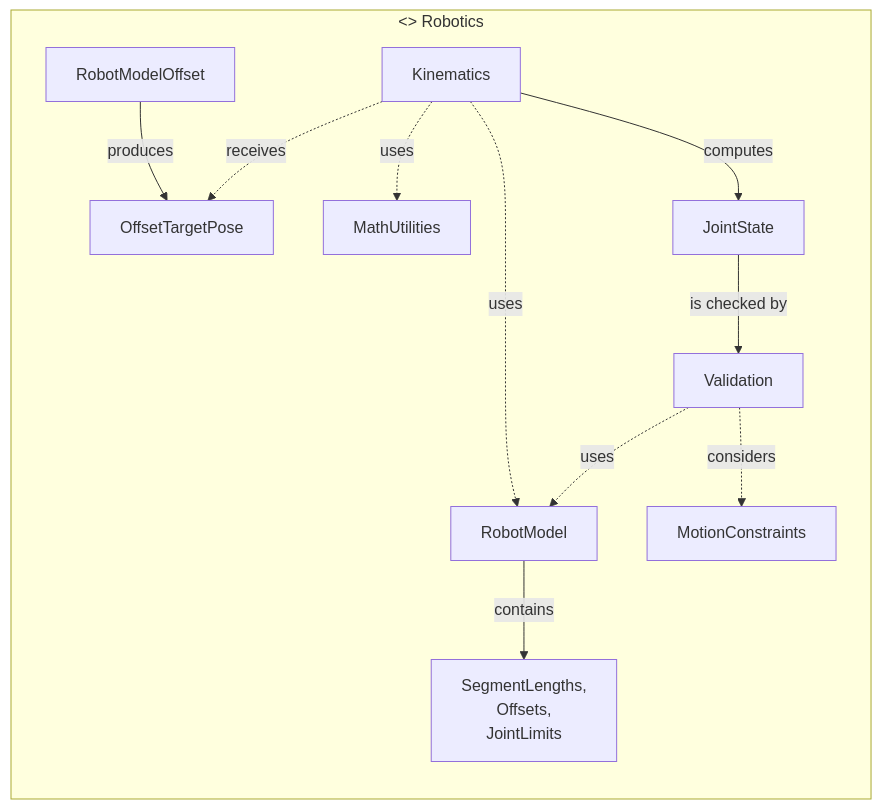
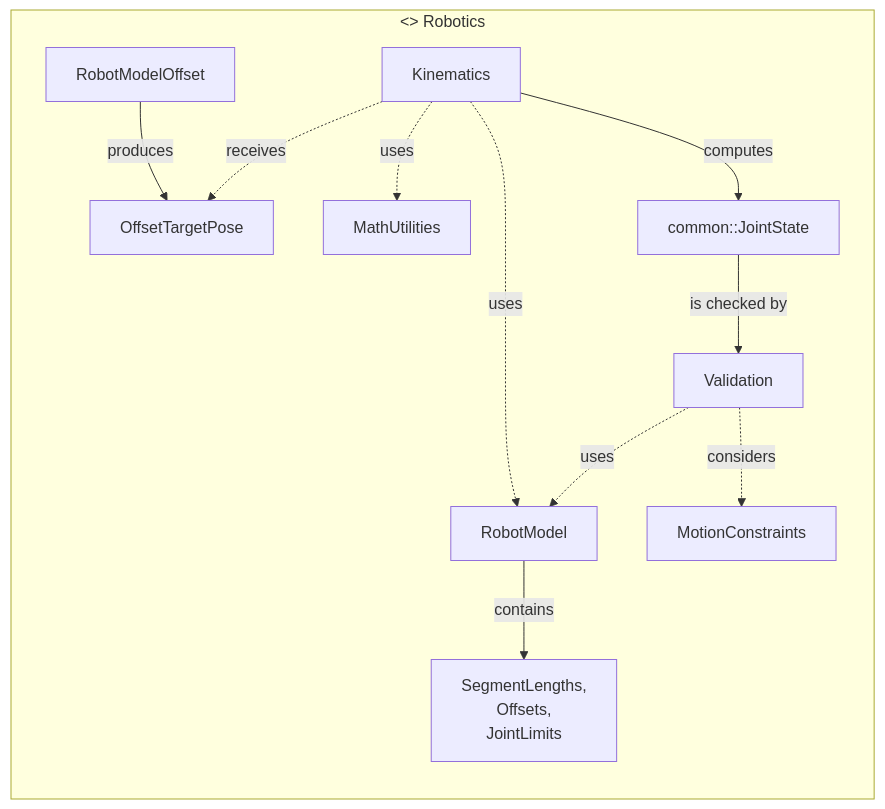
Before and after one commit to butz1999/inverse_kinematik: the fourth of 7 diagrams in doc/projektbeschreibung.md, drawn with Mermaid. The commit also changed other lines of this file and 6 other files, not shown here.

````diff
--- a/doc/projektbeschreibung.md
+++ b/doc/projektbeschreibung.md
@@ -500,24 +500,24 @@
 ```mermaid
 flowchart LR
     subgraph ROB["<<component>> Robotics"]
         C1[Kinematics]
         C2[Validation]
         C3[RobotModel]
         C4[RobotModelOffset]
         C5[MotionConstraints]
-        C6[JointState]
+        C6[common::JointState]
         C7[OffsetTargetPose]
         C8[MathUtilities]
         C9[SegmentLengths,\nOffsets,\nJointLimits]
 
         C1 -.->|uses| C3
         C4 -->|produces| C7
         C1 -.->|receives| C7
         C1 -.->|uses| C8
         C2 -.->|uses| C3
         C2 -.->|considers| C5
         C3 -->|contains| C9
         C1 -->|computes| C6
         C6 -->|is checked by| C2
     end
 ```
````
